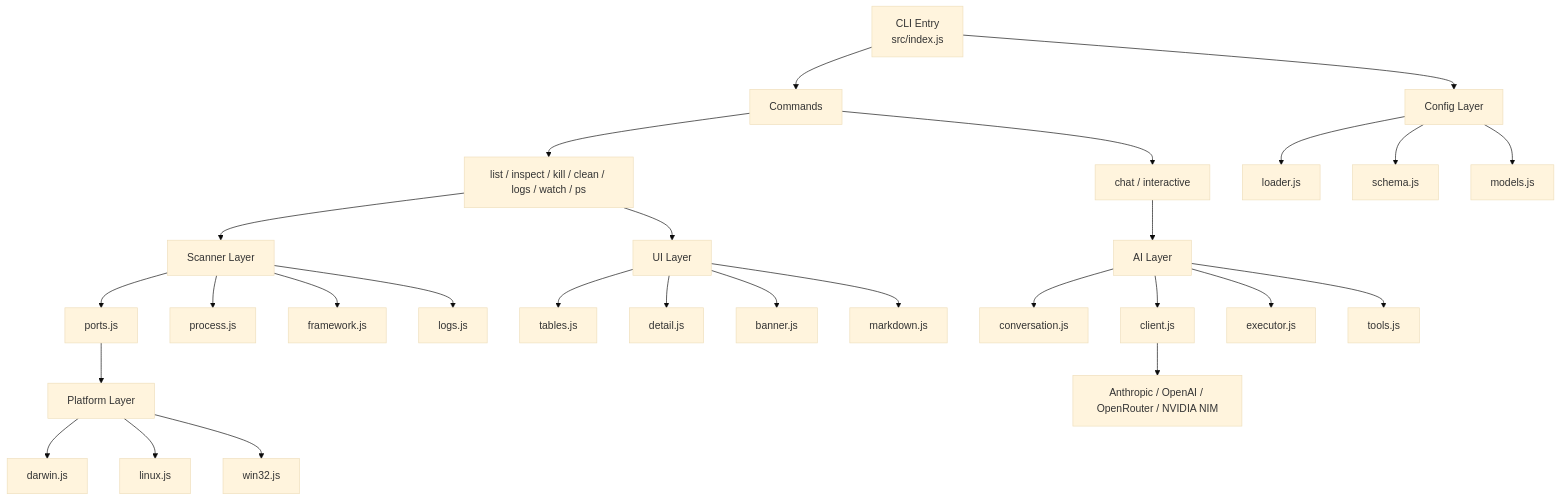
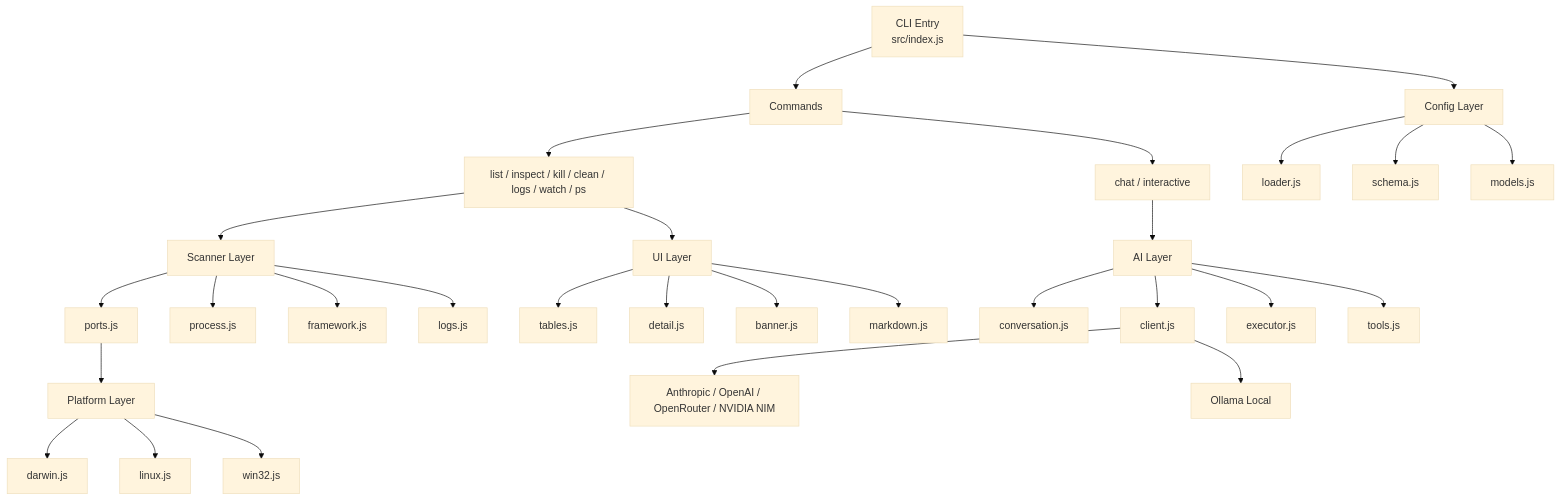
The diagram in README.md (Neilblaze/portscope), drawn with Mermaid (base theme) before and after one commit. The commit also changed other lines of this file and 20 other files, not shown here.

````diff
--- a/README.md
+++ b/README.md
@@ -312,34 +329,35 @@
 ```mermaid
 graph TD
     A[CLI Entry<br/>src/index.js] --> B[Commands]
     B --> C[list / inspect / kill / clean / logs / watch / ps]
     B --> D[chat / interactive]
 
     C --> E[Scanner Layer]
     E --> E1[ports.js]
     E --> E2[process.js]
     E --> E3[framework.js]
     E --> E4[logs.js]
     E1 --> F[Platform Layer]
     F --> F1[darwin.js]
     F --> F2[linux.js]
     F --> F3[win32.js]
 
     C --> G[UI Layer]
     G --> G1[tables.js]
     G --> G2[detail.js]
     G --> G3[banner.js]
     G --> G4[markdown.js]
 
     D --> H[AI Layer]
     H --> H1[conversation.js]
     H --> H2[client.js]
     H --> H3[executor.js]
     H --> H4[tools.js]
     H2 --> I[Anthropic / OpenAI / OpenRouter / NVIDIA NIM]
+    H2 --> I2[Ollama Local]
 
     A --> J[Config Layer]
     J --> J1[loader.js]
     J --> J2[schema.js]
     J --> J3[models.js]
 ```
````
